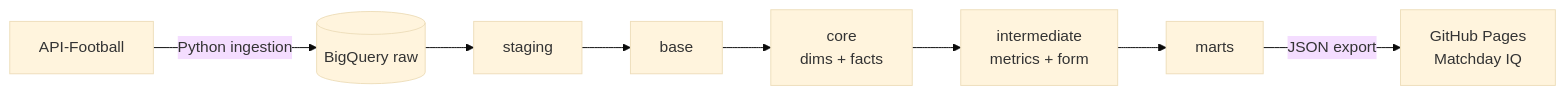
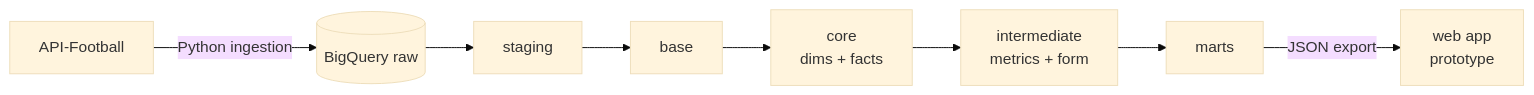
One commit to ramialfahham/football-data-pipeline changed the diagram in README.md. Above: the diagram before and after it, drawn with Mermaid (base theme). The commit also changed other lines of this file and 6 other files, not shown here.

````diff
--- a/README.md
+++ b/README.md
@@ -22,7 +16,7 @@
 ```mermaid
 flowchart LR
     A[API-Football] -->|Python ingestion| B[(BigQuery raw)]
     B --> C[staging] --> D[base] --> E[core<br/>dims + facts]
     E --> F[intermediate<br/>metrics + form] --> G[marts]
-    G -->|JSON export| H[GitHub Pages<br/>Matchday IQ]
+    G -->|JSON export| H[web app<br/>prototype]
 ```
````
